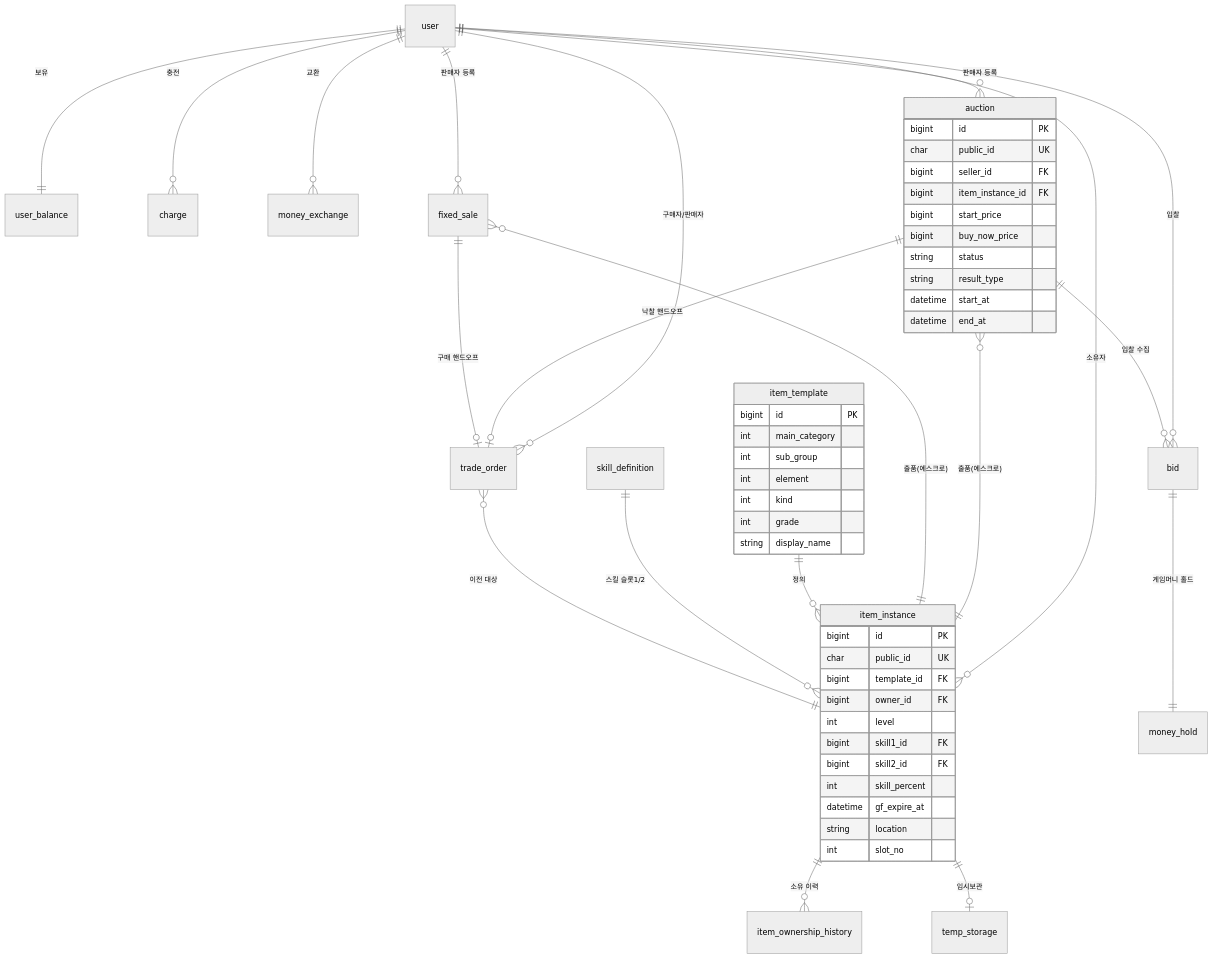
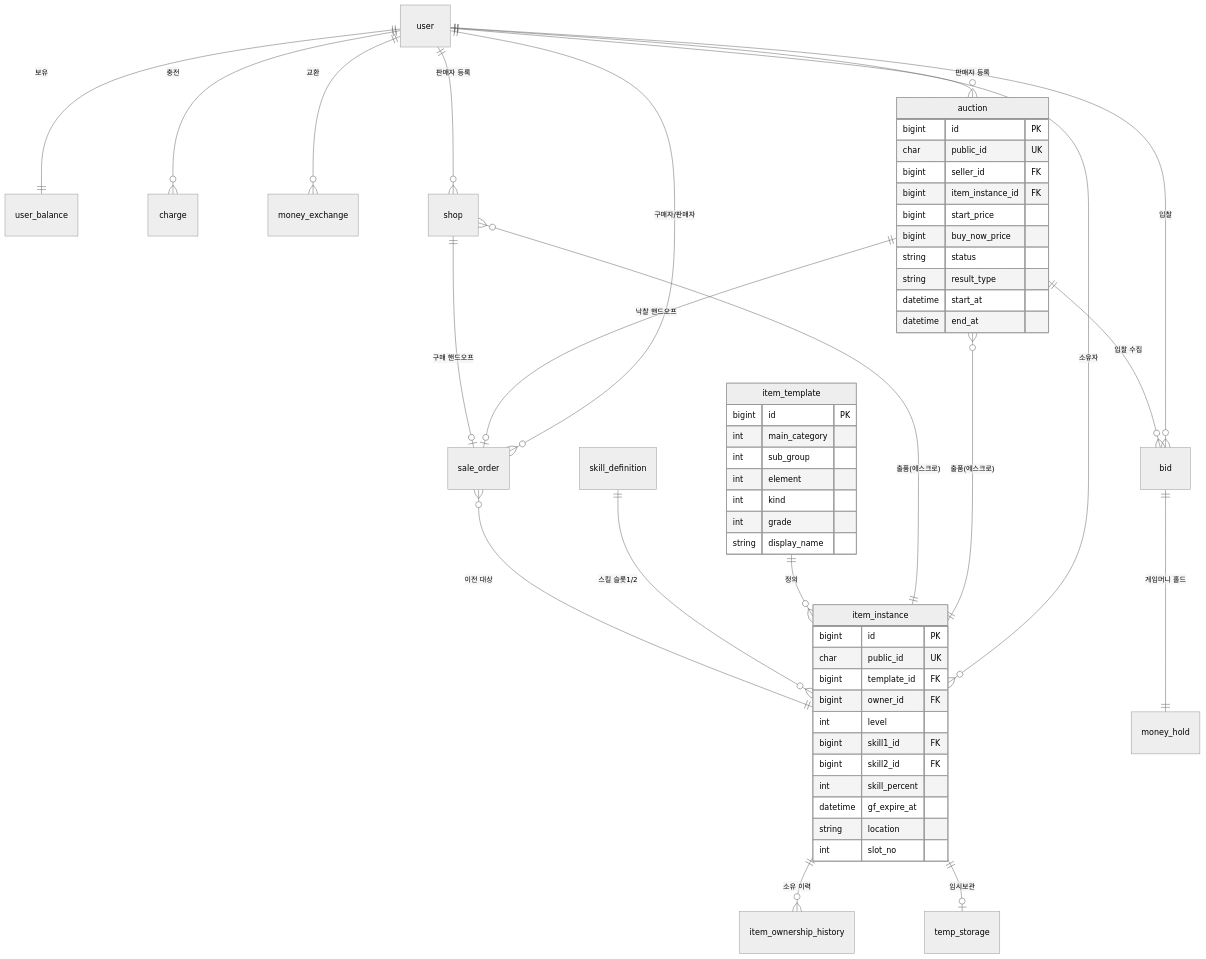
The diagram in docs/erd.md (jong15325/finalcall), drawn with Mermaid (neutral theme) before and after one commit. The commit also changed other lines of this file and 1 other file, not shown here.

First line of the commit message:
docs(기획): erd.md 초안 완성 (G2 검수 요청) + 아이템 모델 D-066 반영

````diff
--- a/docs/erd.md
+++ b/docs/erd.md
@@ -64,60 +67,60 @@
 ```mermaid
 erDiagram
     user ||--|| user_balance : "보유"
     user ||--o{ charge : "충전"
     user ||--o{ money_exchange : "교환"
     user ||--o{ auction : "판매자 등록"
-    user ||--o{ fixed_sale : "판매자 등록"
+    user ||--o{ shop : "판매자 등록"
     user ||--o{ bid : "입찰"
-    user ||--o{ trade_order : "구매자/판매자"
+    user ||--o{ sale_order : "구매자/판매자"
     user ||--o{ item_instance : "소유자"
 
     auction ||--o{ bid : "입찰 수집"
     bid ||--|| money_hold : "게임머니 홀드"
-    auction ||--o| trade_order : "낙찰 핸드오프"
-    fixed_sale ||--o| trade_order : "구매 핸드오프"
+    auction ||--o| sale_order : "낙찰 핸드오프"
+    shop ||--o| sale_order : "구매 핸드오프"
 
     auction }o--|| item_instance : "출품(에스크로)"
-    fixed_sale }o--|| item_instance : "출품(에스크로)"
+    shop }o--|| item_instance : "출품(에스크로)"
 
     item_template ||--o{ item_instance : "정의"
     skill_definition ||--o{ item_instance : "스킬 슬롯1/2"
     item_instance ||--o{ item_ownership_history : "소유 이력"
     item_instance ||--o| temp_storage : "임시보관"
-    trade_order }o--|| item_instance : "이전 대상"
+    sale_order }o--|| item_instance : "이전 대상"
 
     item_instance {
       bigint id PK
       char public_id UK
       bigint template_id FK
       bigint owner_id FK
       int level
       bigint skill1_id FK
       bigint skill2_id FK
       int skill_percent
       datetime gf_expire_at
       string location
       int slot_no
     }
     item_template {
       bigint id PK
       int main_category
       int sub_group
       int element
       int kind
       int grade
       string display_name
     }
     auction {
       bigint id PK
       char public_id UK
       bigint seller_id FK
       bigint item_instance_id FK
       bigint start_price
       bigint buy_now_price
       string status
       string result_type
       datetime start_at
       datetime end_at
     }
 ```
````
